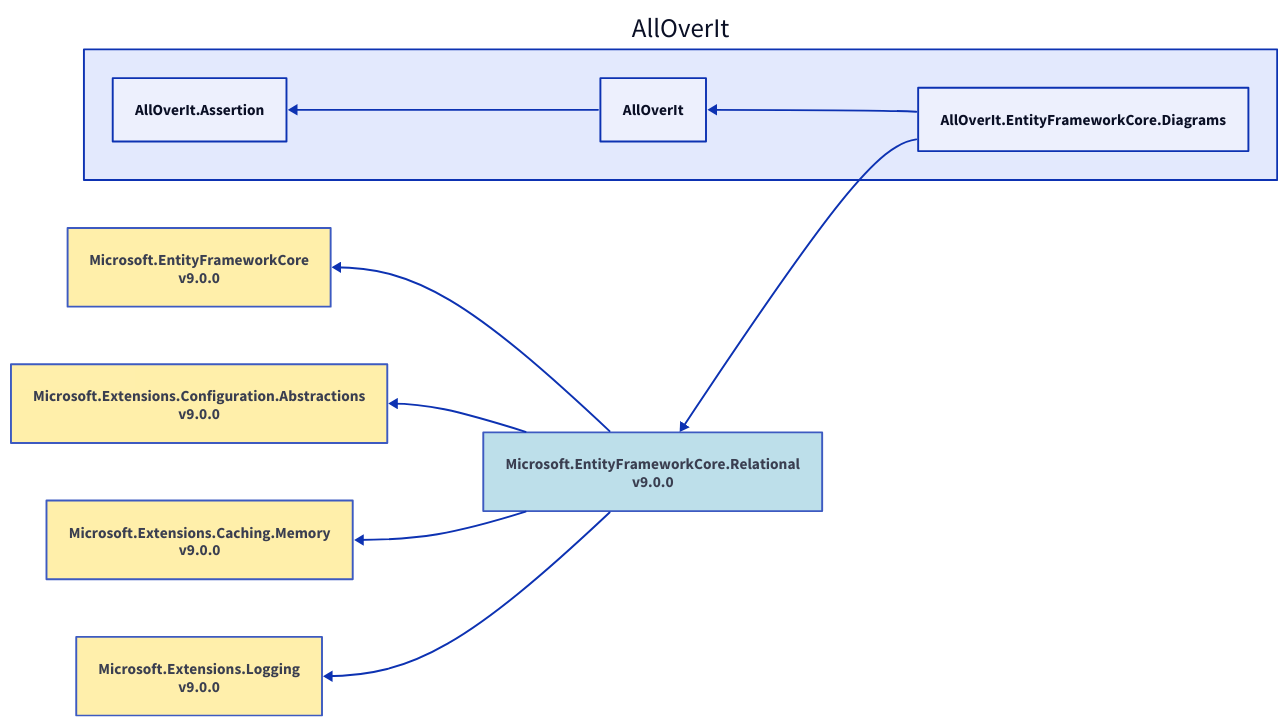
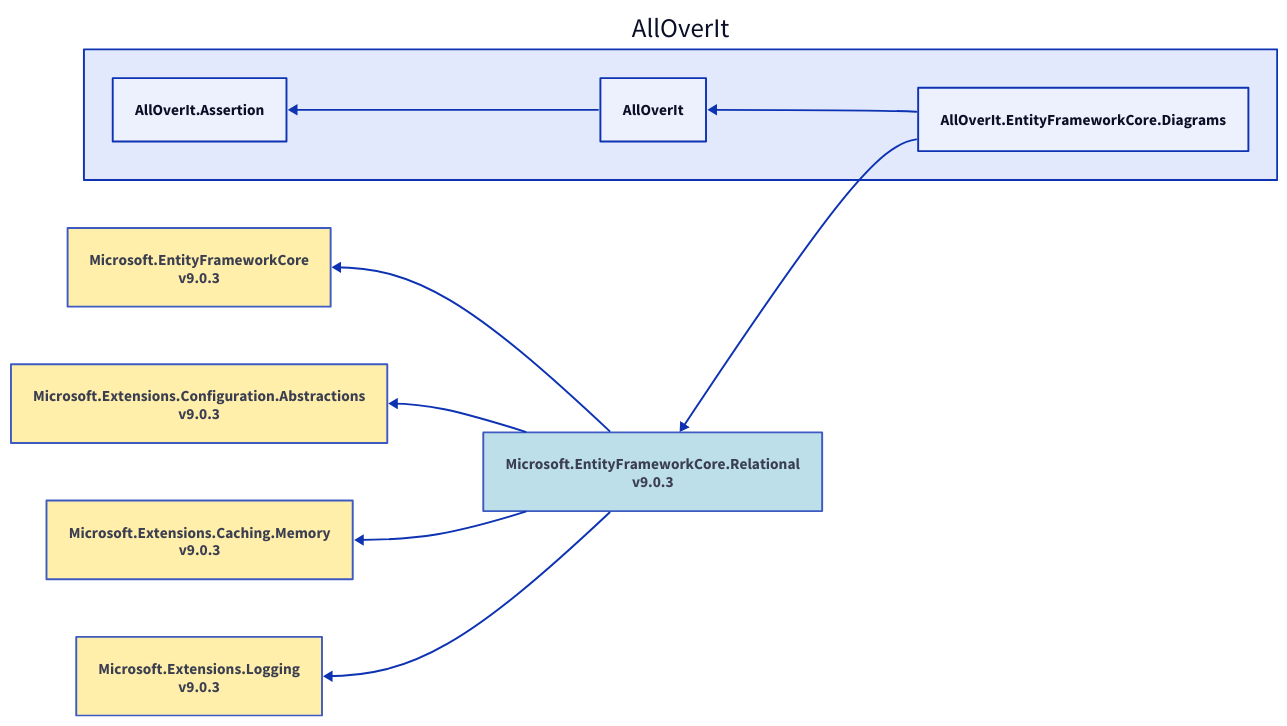
The diagram in Docs/Reference/Content/images/dependencies/net9.0/alloverit-entityframeworkcore-diagrams.d2 (mjfreelancing/AllOverIt), drawn with D2 before and after one commit. The commit also changed 236 other files, not shown here.

```diff
--- a/Docs/Reference/Content/images/dependencies/net9.0/alloverit-entityframeworkcore-diagrams.d2
+++ b/Docs/Reference/Content/images/dependencies/net9.0/alloverit-entityframeworkcore-diagrams.d2
@@ -1,28 +1,28 @@
 direction: left
 
 aoi: AllOverIt
 aoi.alloverit-entityframeworkcore-diagrams: AllOverIt.EntityFrameworkCore.Diagrams
-microsoft-entityframeworkcore-relational_9-0-0: Microsoft.EntityFrameworkCore.Relational\nv9.0.0
-microsoft-entityframeworkcore-relational_9-0-0.style.fill: "#ADD8E6"
-microsoft-entityframeworkcore-relational_9-0-0.style.opacity: 0.8
-microsoft-entityframeworkcore_9-0-0: Microsoft.EntityFrameworkCore\nv9.0.0
-microsoft-entityframeworkcore_9-0-0.style.fill: "#FFEC96"
-microsoft-entityframeworkcore_9-0-0.style.opacity: 0.8
-microsoft-entityframeworkcore_9-0-0 <- microsoft-entityframeworkcore-relational_9-0-0
-microsoft-extensions-configuration-abstractions_9-0-0: Microsoft.Extensions.Configuration.Abstractions\nv9.0.0
-microsoft-extensions-configuration-abstractions_9-0-0.style.fill: "#FFEC96"
-microsoft-extensions-configuration-abstractions_9-0-0.style.opacity: 0.8
-microsoft-extensions-configuration-abstractions_9-0-0 <- microsoft-entityframeworkcore-relational_9-0-0
-microsoft-extensions-caching-memory_9-0-0: Microsoft.Extensions.Caching.Memory\nv9.0.0
-microsoft-extensions-caching-memory_9-0-0.style.fill: "#FFEC96"
-microsoft-extensions-caching-memory_9-0-0.style.opacity: 0.8
-microsoft-extensions-caching-memory_9-0-0 <- microsoft-entityframeworkcore-relational_9-0-0
-microsoft-extensions-logging_9-0-0: Microsoft.Extensions.Logging\nv9.0.0
-microsoft-extensions-logging_9-0-0.style.fill: "#FFEC96"
-microsoft-extensions-logging_9-0-0.style.opacity: 0.8
-microsoft-extensions-logging_9-0-0 <- microsoft-entityframeworkcore-relational_9-0-0
-microsoft-entityframeworkcore-relational_9-0-0 <- aoi.alloverit-entityframeworkcore-diagrams
+microsoft-entityframeworkcore-relational_9-0-3: Microsoft.EntityFrameworkCore.Relational\nv9.0.3
+microsoft-entityframeworkcore-relational_9-0-3.style.fill: "#ADD8E6"
+microsoft-entityframeworkcore-relational_9-0-3.style.opacity: 0.8
+microsoft-entityframeworkcore_9-0-3: Microsoft.EntityFrameworkCore\nv9.0.3
+microsoft-entityframeworkcore_9-0-3.style.fill: "#FFEC96"
+microsoft-entityframeworkcore_9-0-3.style.opacity: 0.8
+microsoft-entityframeworkcore_9-0-3 <- microsoft-entityframeworkcore-relational_9-0-3
+microsoft-extensions-configuration-abstractions_9-0-3: Microsoft.Extensions.Configuration.Abstractions\nv9.0.3
+microsoft-extensions-configuration-abstractions_9-0-3.style.fill: "#FFEC96"
+microsoft-extensions-configuration-abstractions_9-0-3.style.opacity: 0.8
+microsoft-extensions-configuration-abstractions_9-0-3 <- microsoft-entityframeworkcore-relational_9-0-3
+microsoft-extensions-caching-memory_9-0-3: Microsoft.Extensions.Caching.Memory\nv9.0.3
+microsoft-extensions-caching-memory_9-0-3.style.fill: "#FFEC96"
+microsoft-extensions-caching-memory_9-0-3.style.opacity: 0.8
+microsoft-extensions-caching-memory_9-0-3 <- microsoft-entityframeworkcore-relational_9-0-3
+microsoft-extensions-logging_9-0-3: Microsoft.Extensions.Logging\nv9.0.3
+microsoft-extensions-logging_9-0-3.style.fill: "#FFEC96"
+microsoft-extensions-logging_9-0-3.style.opacity: 0.8
+microsoft-extensions-logging_9-0-3 <- microsoft-entityframeworkcore-relational_9-0-3
+microsoft-entityframeworkcore-relational_9-0-3 <- aoi.alloverit-entityframeworkcore-diagrams
 aoi.alloverit: AllOverIt
 aoi.alloverit-assertion: AllOverIt.Assertion
 aoi.alloverit-assertion <- aoi.alloverit
 aoi.alloverit <- aoi.alloverit-entityframeworkcore-diagrams
```
